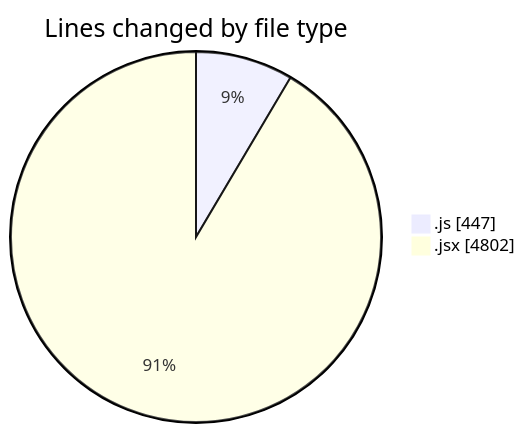
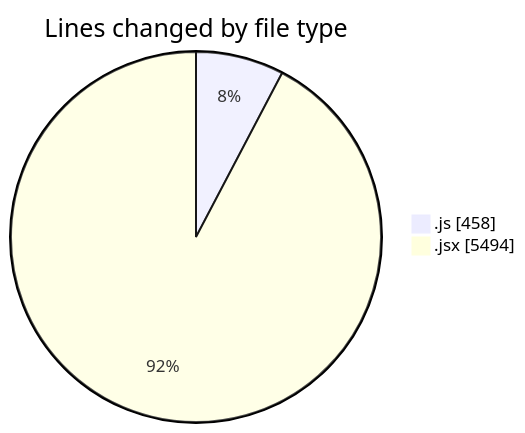
One commit to nxtqubesakshisongat/code-tracking changed the first of 2 diagrams in 2025-05-21/nxtqube_webapp/README.md. Above: the diagram before and after it, drawn with Mermaid. The commit also changed other lines of this file and 1 other file, not shown here.

````diff
--- a/2025-05-21/nxtqube_webapp/README.md
+++ b/2025-05-21/nxtqube_webapp/README.md
@@ -28,6 +29,6 @@
 ```mermaid
 pie showData
 title Lines changed by file type
-".js" : 447
-".jsx" : 4802
+".js" : 458
+".jsx" : 5494
 ```
````
